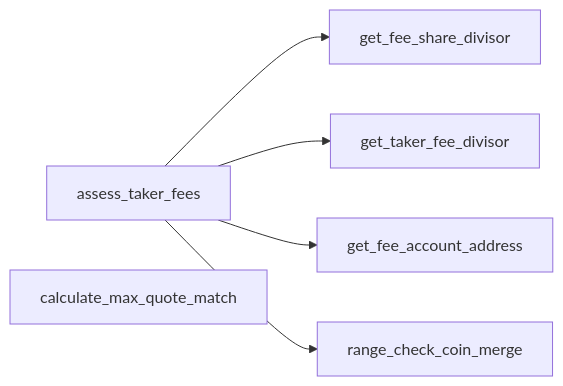
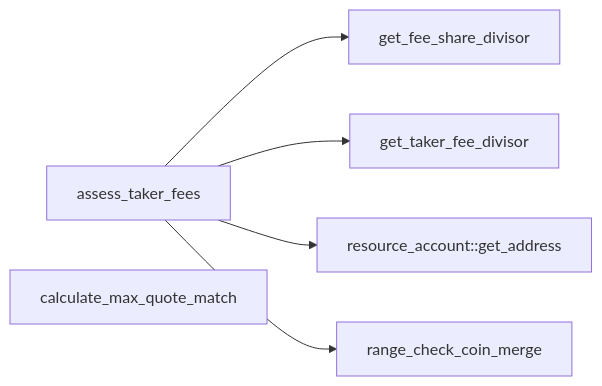
The seventh of 7 diagrams in doc/diagrams/src/modules/incentives.md (econia-labs/econia), drawn with Mermaid before and after one commit. The commit also changed other lines of this file and 4 other files, not shown here.

Commit message:
Move resource account to its own module

````diff
--- a/doc/diagrams/src/modules/incentives.md
+++ b/doc/diagrams/src/modules/incentives.md
@@ -117,11 +115,11 @@
 ```mermaid
 
 flowchart LR
 
 assess_taker_fees --> get_fee_share_divisor
 assess_taker_fees --> get_taker_fee_divisor
-assess_taker_fees --> get_fee_account_address
+assess_taker_fees --> resource_account::get_address
 assess_taker_fees --> range_check_coin_merge
 calculate_max_quote_match
 
 ```
````
